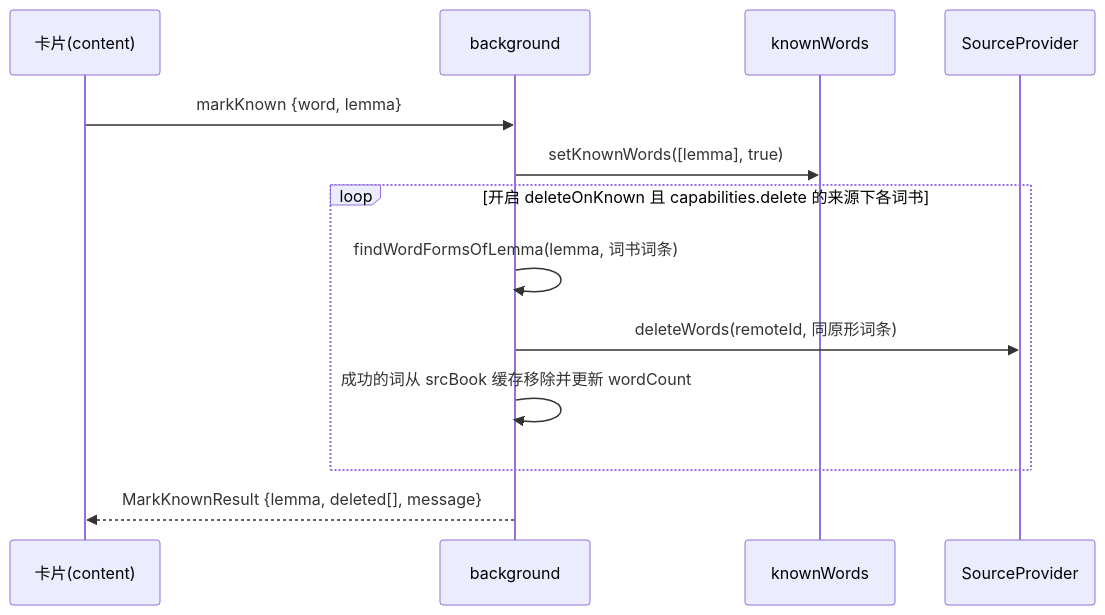
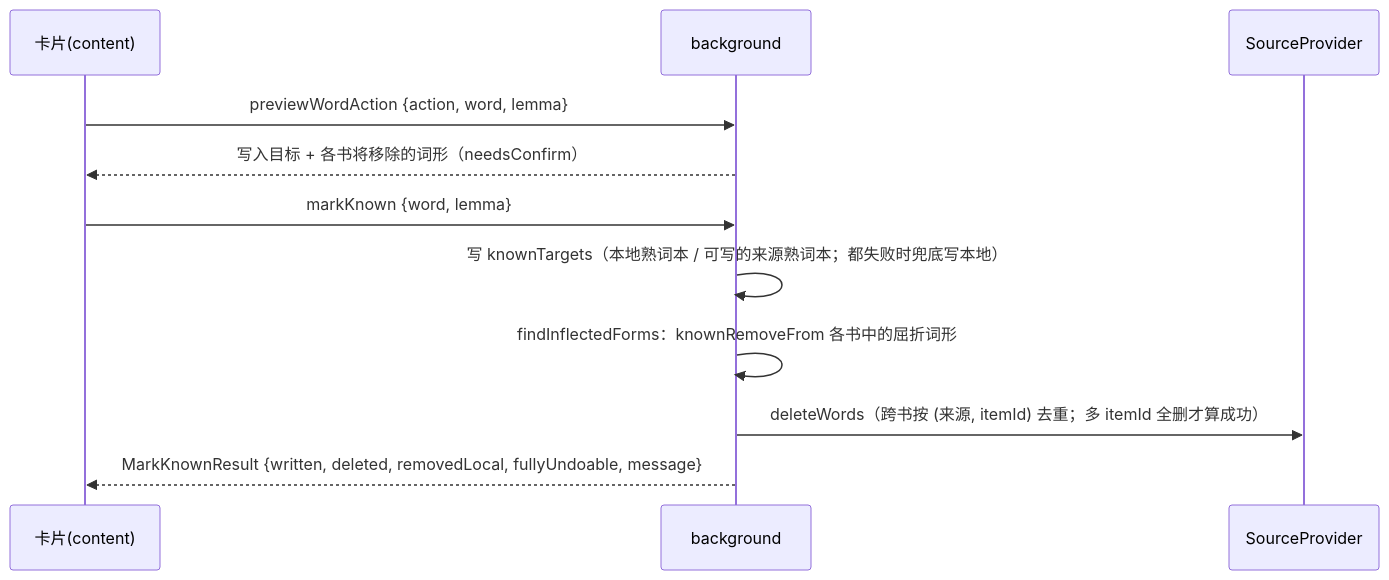
Before and after one commit to xqdd/highlight-new-words: the fourth of 5 diagrams in docs/architecture.md, drawn with Mermaid. The commit also changed other lines of this file and 29 other files, not shown here.

````diff
--- a/docs/architecture.md
+++ b/docs/architecture.md
@@ -264,15 +278,13 @@
 ```mermaid
 sequenceDiagram
   participant C as 卡片(content)
   participant B as background
-  participant K as knownWords
   participant P as SourceProvider
+  C->>B: previewWordAction {action, word, lemma}
+  B-->>C: 写入目标 + 各书将移除的词形（needsConfirm）
   C->>B: markKnown {word, lemma}
-  B->>K: setKnownWords([lemma], true)
-  loop 开启 deleteOnKnown 且 capabilities.delete 的来源下各词书
-    B->>B: findWordFormsOfLemma(lemma, 词书词条)
-    B->>P: deleteWords(remoteId, 同原形词条)
-    B->>B: 成功的词从 srcBook 缓存移除并更新 wordCount
-  end
-  B-->>C: MarkKnownResult {lemma, deleted[], message}
+  B->>B: 写 knownTargets（本地熟词本 / 可写的来源熟词本；都失败时兜底写本地）
+  B->>B: findInflectedForms：knownRemoveFrom 各书中的屈折词形
+  B->>P: deleteWords（跨书按 (来源, itemId) 去重；多 itemId 全删才算成功）
+  B-->>C: MarkKnownResult {written, deleted, removedLocal, fullyUndoable, message}
 ```
````
